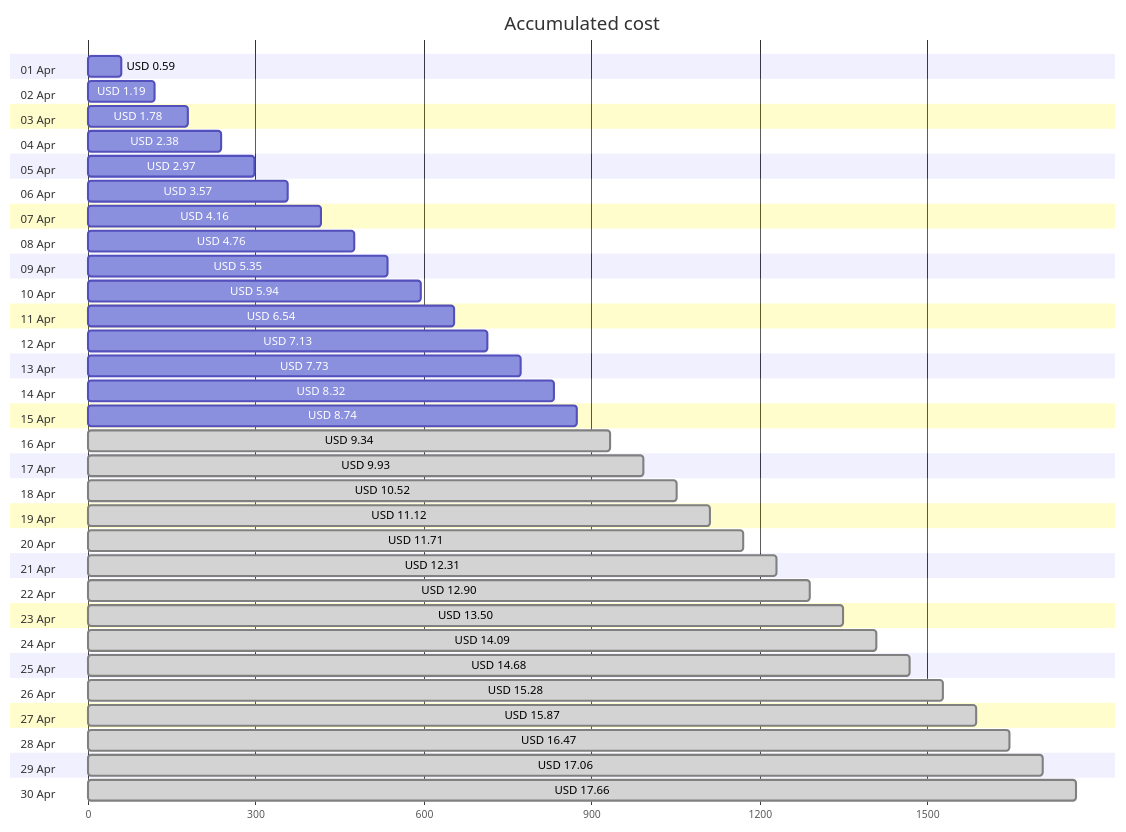
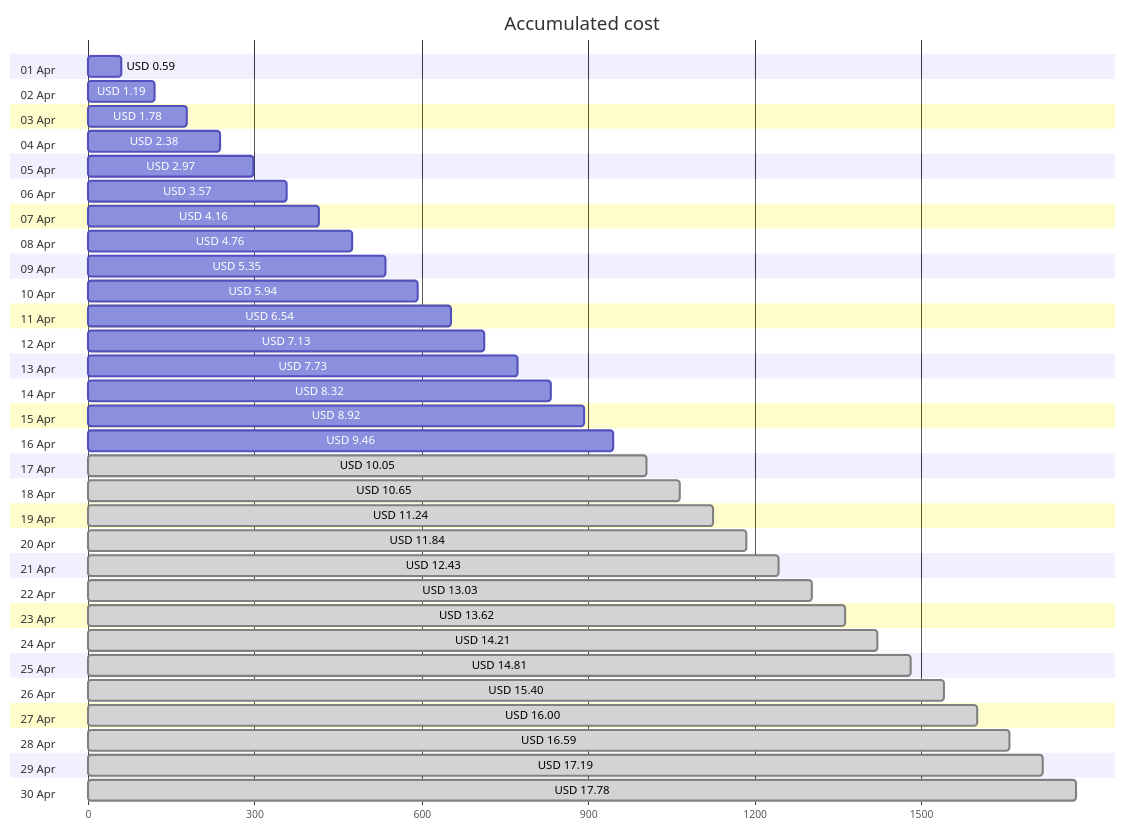
Before and after one commit to jpfulton/azure-personal-reports: the first of 4 diagrams in cost-reports/personal-site/README.md, drawn with Mermaid. The commit also changed other lines of this file and 6 other files, not shown here.

````diff
--- a/cost-reports/personal-site/README.md
+++ b/cost-reports/personal-site/README.md
@@ -20,66 +20,66 @@
 ```mermaid
 gantt
    title Accumulated cost
    dateFormat  X
    axisFormat %s
    section 01 Apr
    USD 0.59 :0, 59
    section 02 Apr
    USD 1.19 :0, 119
    section 03 Apr
    USD 1.78 :0, 178
    section 04 Apr
    USD 2.38 :0, 238
    section 05 Apr
    USD 2.97 :0, 297
    section 06 Apr
    USD 3.57 :0, 357
    section 07 Apr
    USD 4.16 :0, 416
    section 08 Apr
    USD 4.76 :0, 476
    section 09 Apr
    USD 5.35 :0, 535
    section 10 Apr
    USD 5.94 :0, 594
    section 11 Apr
    USD 6.54 :0, 654
    section 12 Apr
    USD 7.13 :0, 713
    section 13 Apr
    USD 7.73 :0, 773
    section 14 Apr
    USD 8.32 :0, 832
    section 15 Apr
-   USD 8.74 :0, 874
+   USD 8.92 :0, 892
    section 16 Apr
-   USD 9.34 : done, 0, 934
+   USD 9.46 :0, 946
    section 17 Apr
-   USD 9.93 : done, 0, 993
+   USD 10.05 : done, 0, 1005
    section 18 Apr
-   USD 10.52 : done, 0, 1052
+   USD 10.65 : done, 0, 1065
    section 19 Apr
-   USD 11.12 : done, 0, 1112
+   USD 11.24 : done, 0, 1124
    section 20 Apr
-   USD 11.71 : done, 0, 1171
+   USD 11.84 : done, 0, 1184
    section 21 Apr
-   USD 12.31 : done, 0, 1231
+   USD 12.43 : done, 0, 1243
    section 22 Apr
-   USD 12.90 : done, 0, 1290
+   USD 13.03 : done, 0, 1303
    section 23 Apr
-   USD 13.50 : done, 0, 1350
+   USD 13.62 : done, 0, 1362
    section 24 Apr
-   USD 14.09 : done, 0, 1409
+   USD 14.21 : done, 0, 1421
    section 25 Apr
-   USD 14.68 : done, 0, 1468
+   USD 14.81 : done, 0, 1481
    section 26 Apr
-   USD 15.28 : done, 0, 1528
+   USD 15.40 : done, 0, 1540
    section 27 Apr
-   USD 15.87 : done, 0, 1587
+   USD 16.00 : done, 0, 1600
    section 28 Apr
-   USD 16.47 : done, 0, 1647
+   USD 16.59 : done, 0, 1659
    section 29 Apr
-   USD 17.06 : done, 0, 1706
+   USD 17.19 : done, 0, 1719
    section 30 Apr
-   USD 17.66 : done, 0, 1766
+   USD 17.78 : done, 0, 1778
 ```
````
